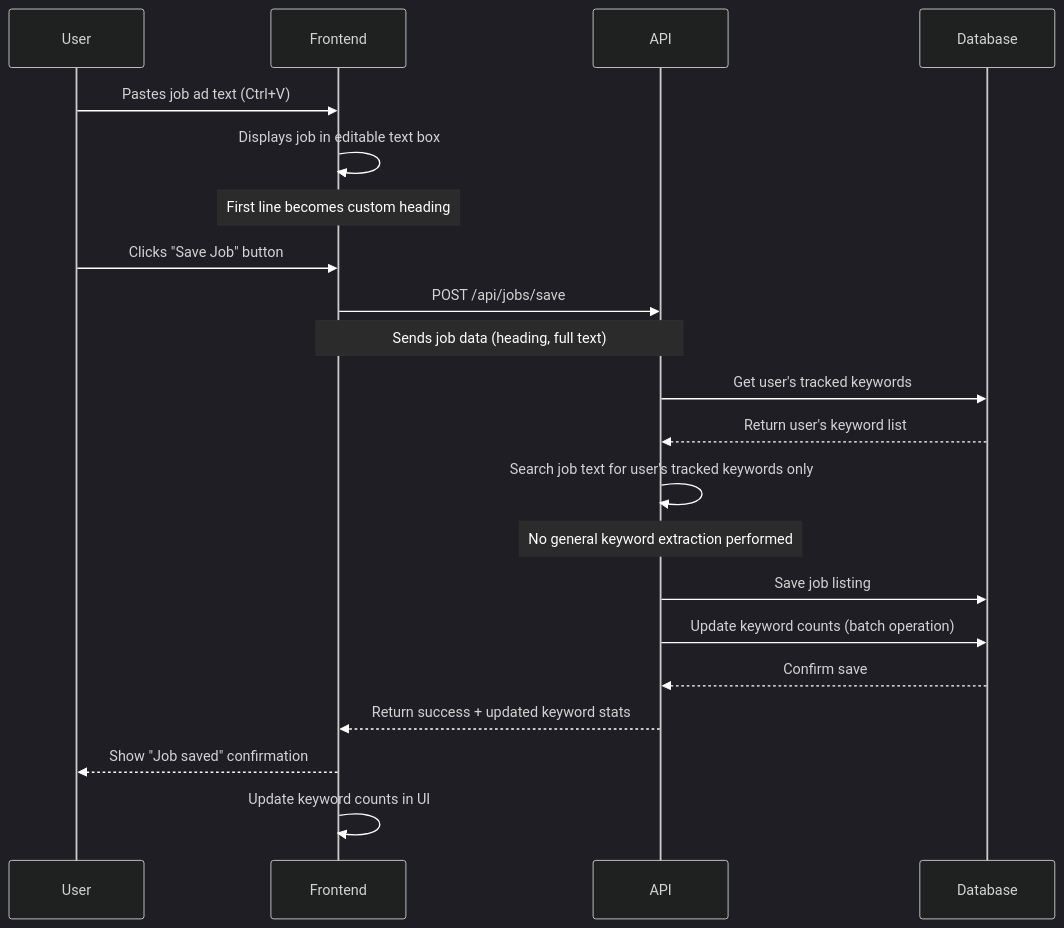
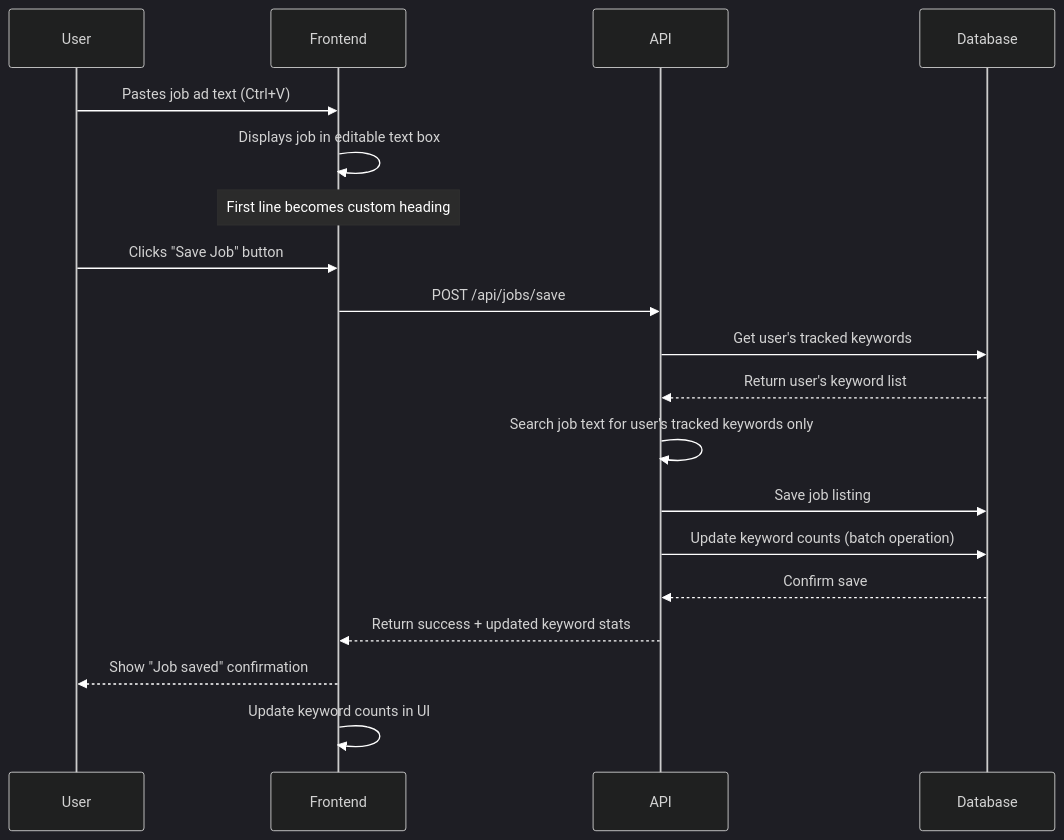
Before and after one commit to lmcrean/tributary: the first of 2 diagrams in docs/docs/diagrams/NetworkCalls.md, drawn with Mermaid. The commit also changed other lines of this file, not shown here.

Commit message:
Enhance Network Calls diagram: Add keyword creation workflow and detailed payload examples

````diff
--- a/docs/docs/diagrams/NetworkCalls.md
+++ b/docs/docs/diagrams/NetworkCalls.md
@@ -7,25 +7,23 @@
 ```mermaid
 %%{init: {'theme': 'dark', 'themeVariables': { 'primaryTextColor': '#ffffff', 'primaryColor': '#ffffff', 'noteBkgColor': '#2b2b2b', 'noteTextColor': '#ffffff', 'activationBorderColor': '#ffffff', 'signalColor': '#ffffff' }}}%%
 sequenceDiagram
     participant User
     participant Frontend
     participant API
     participant Database
 
     User->>Frontend: Pastes job ad text (Ctrl+V)
     Frontend->>Frontend: Displays job in editable text box
     Note over Frontend: First line becomes custom heading
     User->>Frontend: Clicks "Save Job" button
     Frontend->>API: POST /api/jobs/save
-    Note over Frontend,API: Sends job data (heading, full text)
     API->>Database: Get user's tracked keywords
     Database-->>API: Return user's keyword list
     API->>API: Search job text for user's tracked keywords only
-    Note over API: No general keyword extraction performed
     API->>Database: Save job listing
     API->>Database: Update keyword counts (batch operation)
     Database-->>API: Confirm save
     API-->>Frontend: Return success + updated keyword stats
     Frontend-->>User: Show "Job saved" confirmation
     Frontend->>Frontend: Update keyword counts in UI
 ```
````
